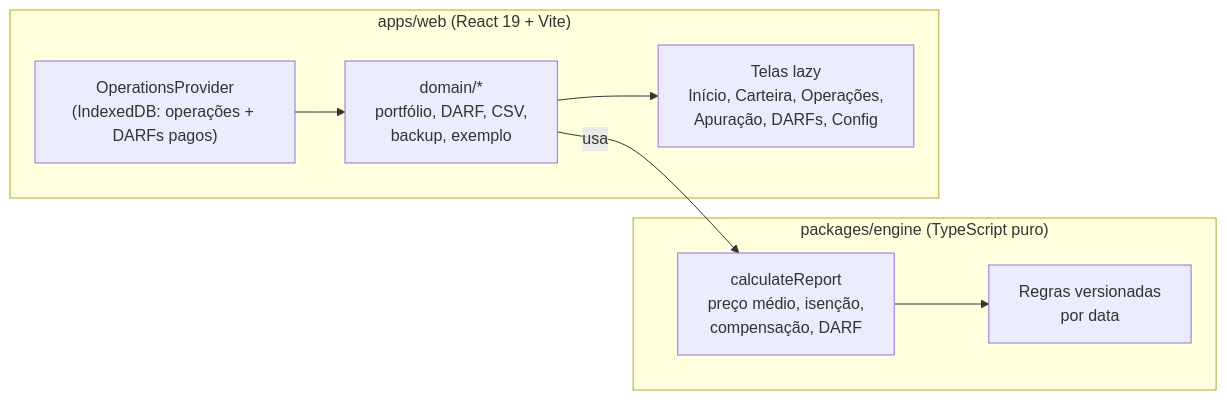
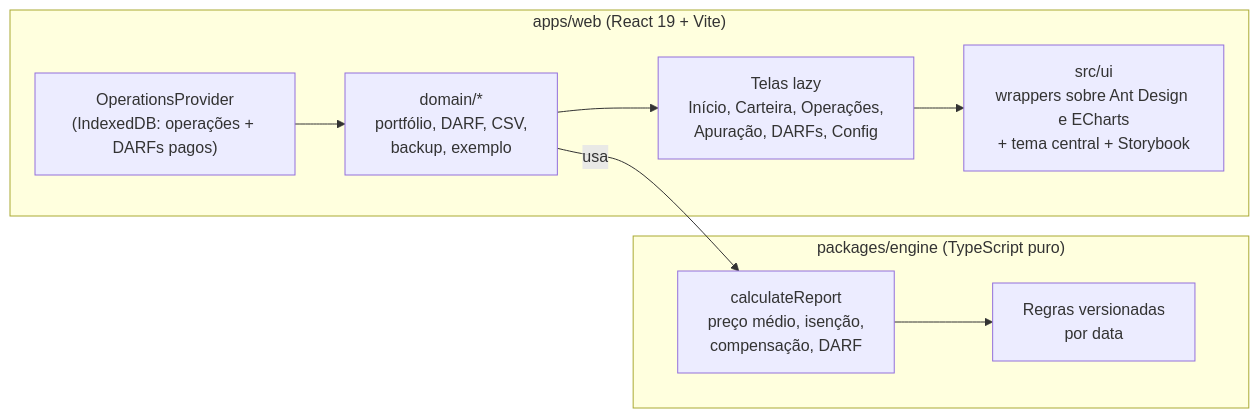
Before and after one commit to NasckDev/fiscotrack: the diagram in README.md, drawn with Mermaid. The commit also changed other lines of this file and 13 other files, not shown here.

````diff
--- a/README.md
+++ b/README.md
@@ -94,15 +104,16 @@
 ```mermaid
 flowchart LR
   subgraph engine["packages/engine (TypeScript puro)"]
     calc["calculateReport<br/>preço médio, isenção,<br/>compensação, DARF"]
     rules["Regras versionadas<br/>por data"]
     calc --> rules
   end
   subgraph web["apps/web (React 19 + Vite)"]
     store["OperationsProvider<br/>(IndexedDB: operações + DARFs pagos)"]
     domain["domain/*<br/>portfólio, DARF, CSV,<br/>backup, exemplo"]
-    ui["Telas lazy<br/>Início, Carteira, Operações,<br/>Apuração, DARFs, Config"]
-    store --> domain --> ui
+    pages["Telas lazy<br/>Início, Carteira, Operações,<br/>Apuração, DARFs, Config"]
+    ui["src/ui<br/>wrappers sobre Ant Design e ECharts<br/>+ tema central + Storybook"]
+    store --> domain --> pages --> ui
   end
   domain -->|"usa"| calc
 ```
````
